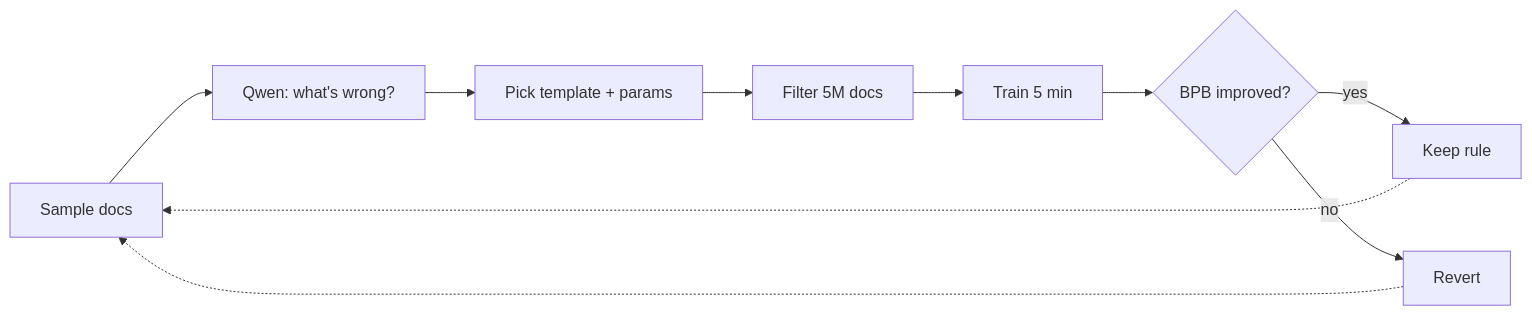
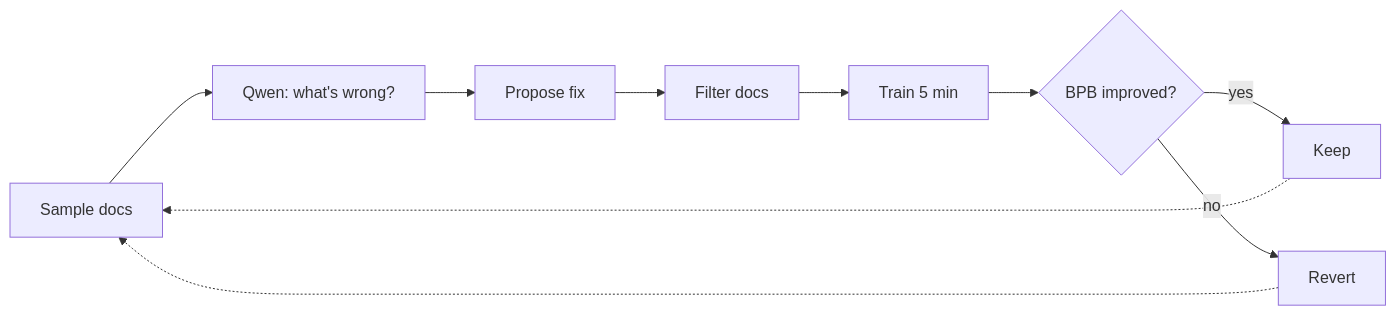
Before and after one commit to bwang-pplx/autocurate: the diagram in ARCHITECTURE.md, drawn with Mermaid.

Commit message:
Simplify diagram labels

````diff
--- a/ARCHITECTURE.md
+++ b/ARCHITECTURE.md
@@ -1,11 +1,11 @@
 ```mermaid
 flowchart LR
     A["Sample docs"] --> B["Qwen: what's wrong?"]
-    B --> C["Pick template + params"]
-    C --> D["Filter 5M docs"]
+    B --> C["Propose fix"]
+    C --> D["Filter docs"]
     D --> E["Train 5 min"]
     E --> F{"BPB improved?"}
-    F -->|yes| G["Keep rule"]
+    F -->|yes| G["Keep"]
     F -->|no| H["Revert"]
     G & H -.-> A
 ```
````
